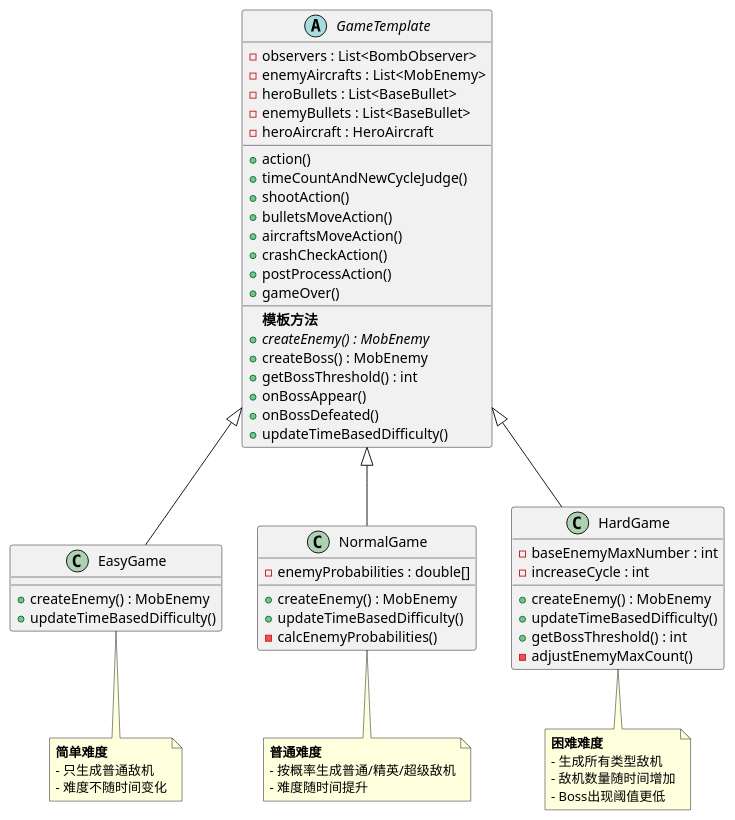
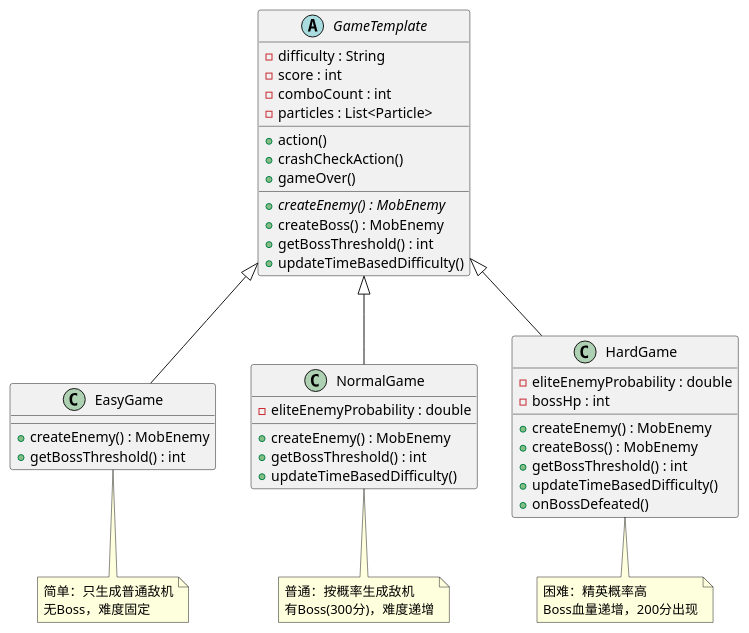
Before and after one commit to Mercury-0510/Software25Lab: the diagram in uml/lab6_template.puml, drawn with PlantUML. The commit also changed 16 other files, not shown here.

```diff
--- a/uml/lab6_template.puml
+++ b/uml/lab6_template.puml
@@ -1,81 +1,63 @@
   @startuml
 '模板模式UML类图
 
-' 抽象类 (AbstractClass)
 abstract class GameTemplate {
-  - observers : List<BombObserver>
-  - enemyAircrafts : List<MobEnemy>
-  - heroBullets : List<BaseBullet>
-  - enemyBullets : List<BaseBullet>
-  - heroAircraft : HeroAircraft
+  - difficulty : String
+  - score : int
+  - comboCount : int
+  - particles : List<Particle>
   __
   + action()
-  + timeCountAndNewCycleJudge()
-  + shootAction()
-  + bulletsMoveAction()
-  + aircraftsMoveAction()
   + crashCheckAction()
-  + postProcessAction()
   + gameOver()
   __
-  **模板方法**
   {abstract} + createEnemy() : MobEnemy
   + createBoss() : MobEnemy
   + getBossThreshold() : int
-  + onBossAppear()
-  + onBossDefeated()
   + updateTimeBasedDifficulty()
 }
 
-' 具体类1 (ConcreteClass1)
 class EasyGame {
+  + createEnemy() : MobEnemy
+  + getBossThreshold() : int
+}
+
+class NormalGame {
+  - eliteEnemyProbability : double
   __
   + createEnemy() : MobEnemy
+  + getBossThreshold() : int
   + updateTimeBasedDifficulty()
 }
 
-' 具体类2 (ConcreteClass2)
-class NormalGame {
-  - enemyProbabilities : double[]
+class HardGame {
+  - eliteEnemyProbability : double
+  - bossHp : int
   __
   + createEnemy() : MobEnemy
+  + createBoss() : MobEnemy
+  + getBossThreshold() : int
   + updateTimeBasedDifficulty()
-  - calcEnemyProbabilities()
+  + onBossDefeated()
 }
 
-' 具体类3 (ConcreteClass3)
-class HardGame {
-  - baseEnemyMaxNumber : int
-  - increaseCycle : int
-  __
-  + createEnemy() : MobEnemy
-  + updateTimeBasedDifficulty()
-  + getBossThreshold() : int
-  - adjustEnemyMaxCount()
-}
-
-' 继承关系
 GameTemplate <|-- EasyGame
 GameTemplate <|-- NormalGame
 GameTemplate <|-- HardGame
 
 note bottom of EasyGame
-  **简单难度**
-  - 只生成普通敌机
-  - 难度不随时间变化
+  简单：只生成普通敌机
+  无Boss，难度固定
 end note
 
 note bottom of NormalGame
-  **普通难度**
-  - 按概率生成普通/精英/超级敌机
-  - 难度随时间提升
+  普通：按概率生成敌机
+  有Boss(300分)，难度递增
 end note
 
 note bottom of HardGame
-  **困难难度**
-  - 生成所有类型敌机
-  - 敌机数量随时间增加
-  - Boss出现阈值更低
+  困难：精英概率高
+  Boss血量递增，200分出现
 end note
 
 @enduml
```
